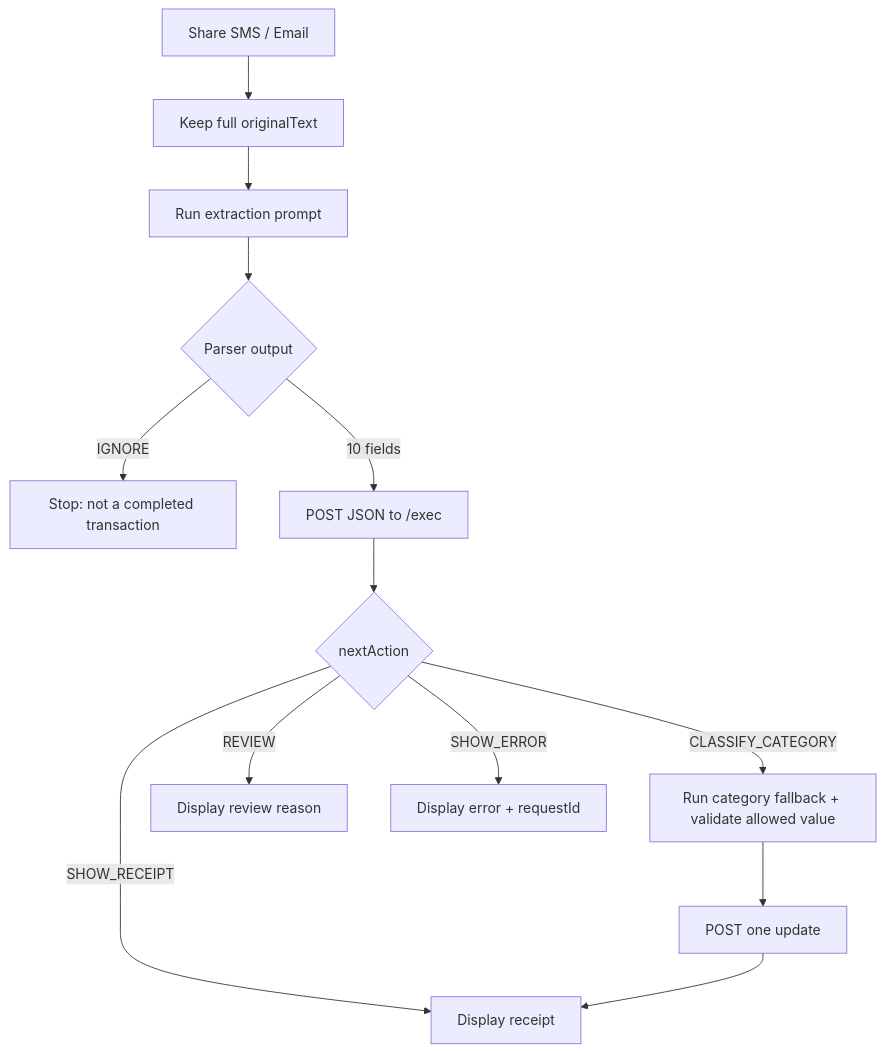
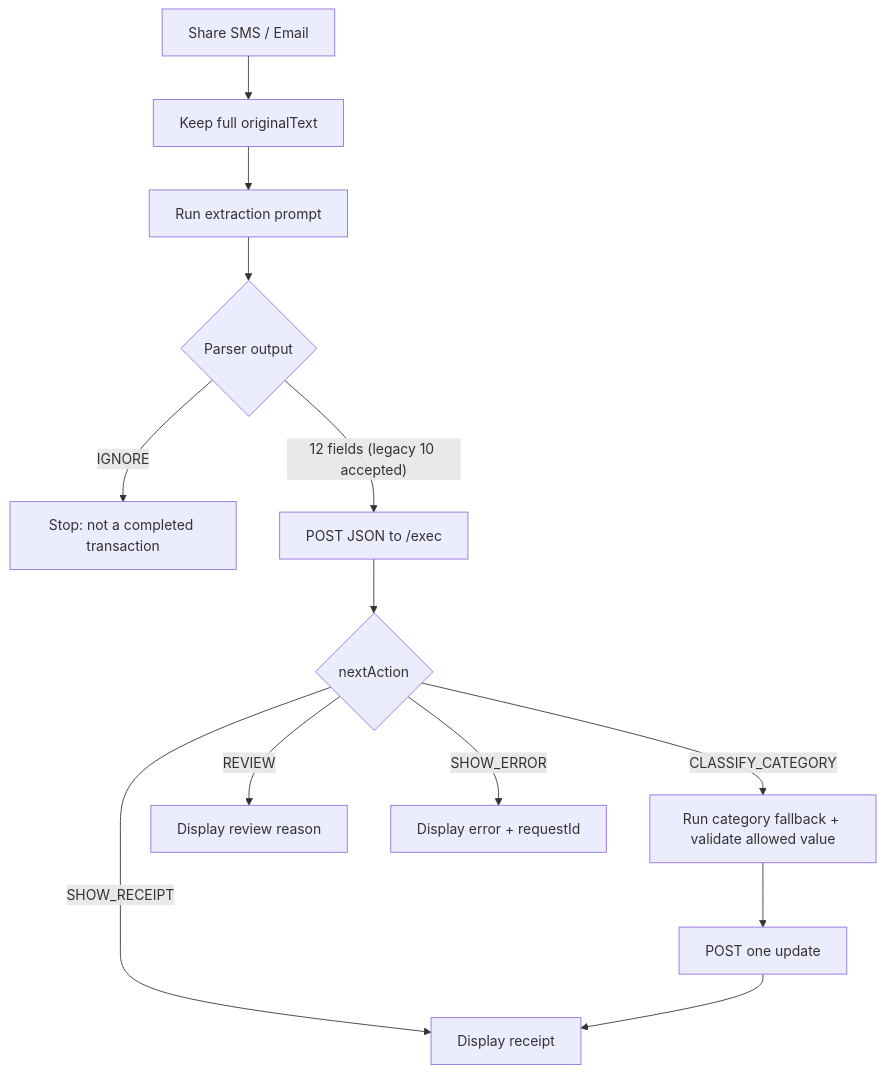
The third of 3 diagrams in README.md (asish312/Personal-Finance-Intelligence-System), drawn with Mermaid before and after one commit. The commit also changed other lines of this file and 8 other files, not shown here.

```diff
--- a/README.md
+++ b/README.md
@@ -468,15 +472,15 @@
 ~~~mermaid
 flowchart TD
   A["Share SMS / Email"] --> B["Keep full originalText"]
   B --> C["Run extraction prompt"]
   C --> D{"Parser output"}
   D -->|"IGNORE"| E["Stop: not a completed transaction"]
-  D -->|"10 fields"| F["POST JSON to /exec"]
+  D -->|"12 fields (legacy 10 accepted)"| F["POST JSON to /exec"]
   F --> G{"nextAction"}
   G -->|"SHOW_RECEIPT"| H["Display receipt"]
   G -->|"CLASSIFY_CATEGORY"| I["Run category fallback + validate allowed value"]
   G -->|"REVIEW"| J["Display review reason"]
   G -->|"SHOW_ERROR"| K["Display error + requestId"]
   I --> L["POST one update"]
   L --> H
 ~~~
```
